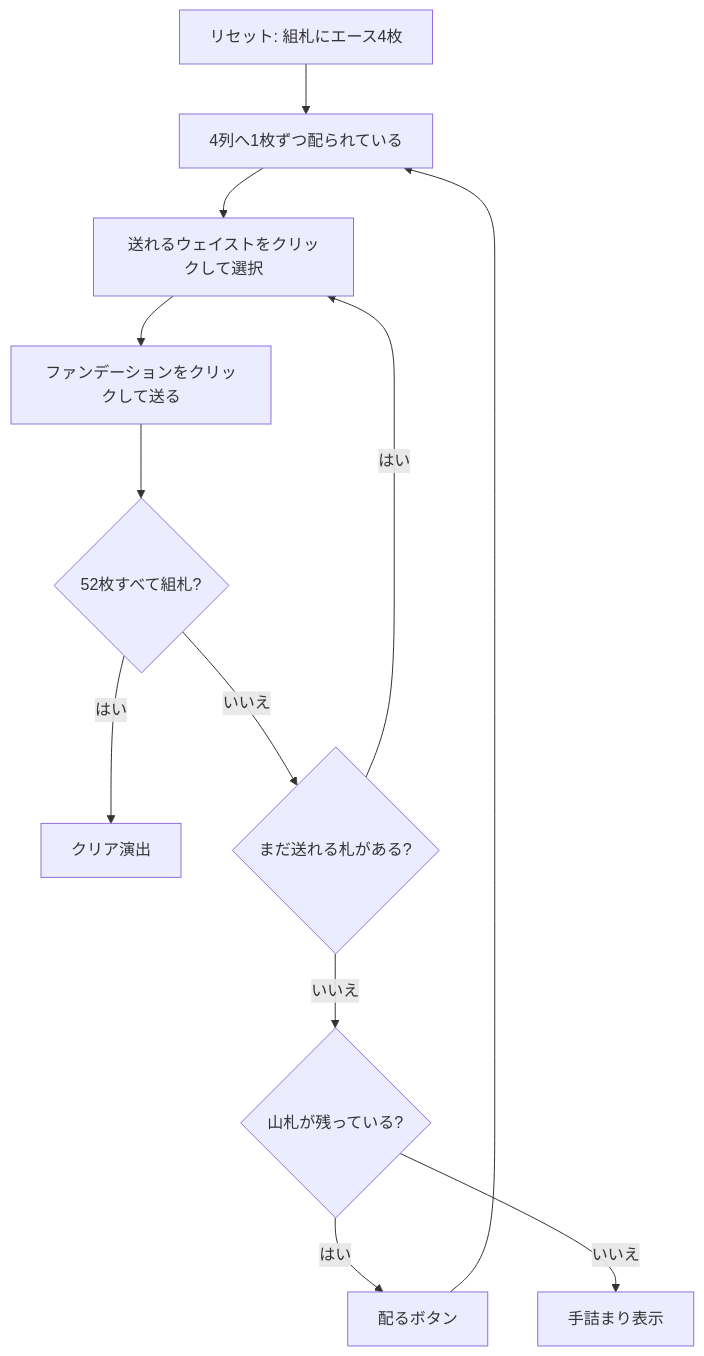
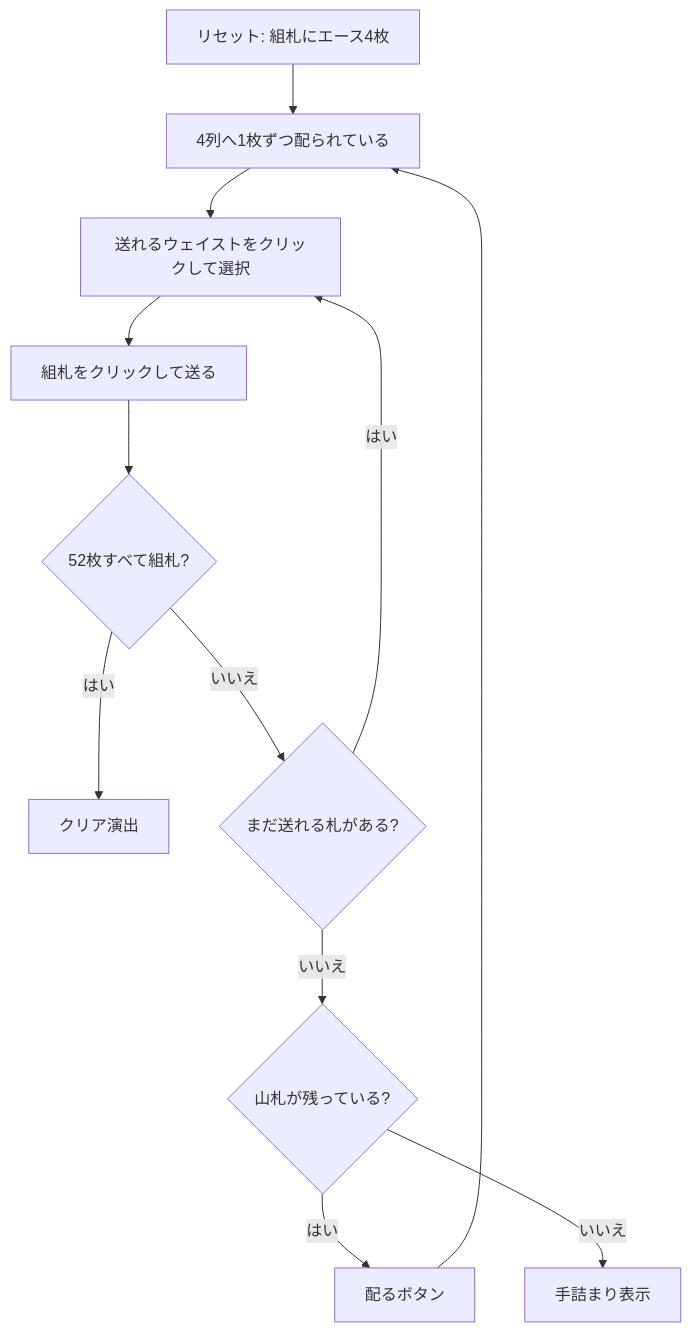
The diagram in docs/manual/web/auldlangsyne.md (yuta-yoshinaga/go_trumpcards), drawn with Mermaid before and after one commit. The commit also changed other lines of this file and 33 other files, not shown here.

````diff
--- a/docs/manual/web/auldlangsyne.md
+++ b/docs/manual/web/auldlangsyne.md
@@ -30,14 +30,14 @@
 ```mermaid
 flowchart TD
     A[リセット: 組札にエース4枚] --> B[4列へ1枚ずつ配られている]
     B --> C[送れるウェイストをクリックして選択]
-    C --> D[ファンデーションをクリックして送る]
+    C --> D[組札をクリックして送る]
     D --> E{52枚すべて組札?}
     E -- はい --> F[クリア演出]
     E -- いいえ --> G{まだ送れる札がある?}
     G -- はい --> C
     G -- いいえ --> H{山札が残っている?}
     H -- はい --> I[配るボタン]
     I --> B
     H -- いいえ --> J[手詰まり表示]
 ```
````
